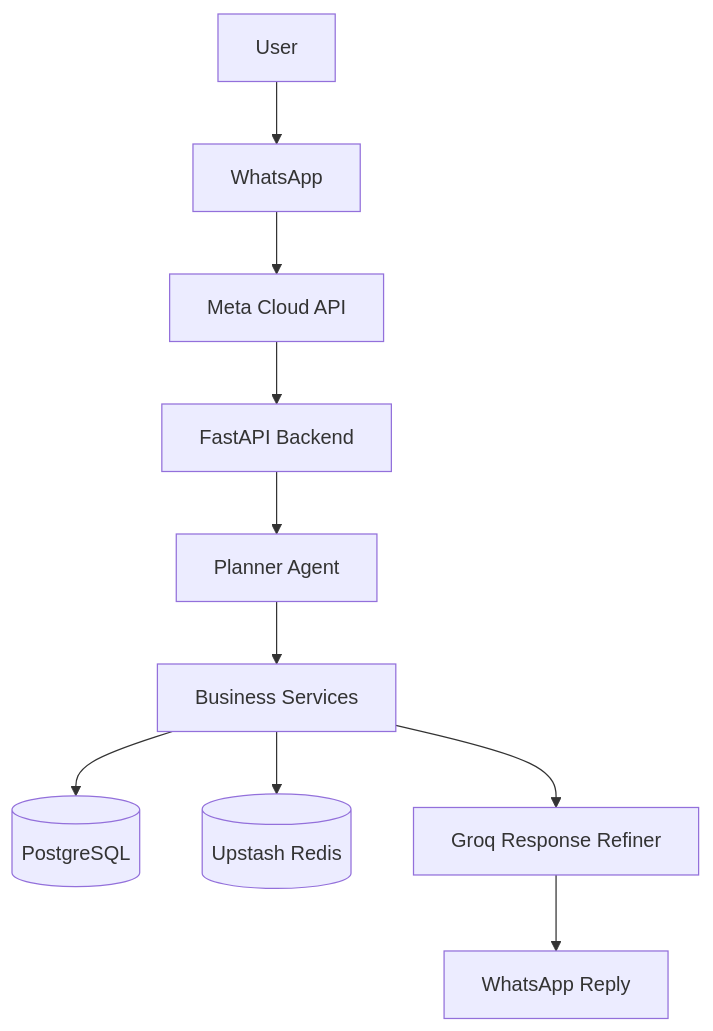
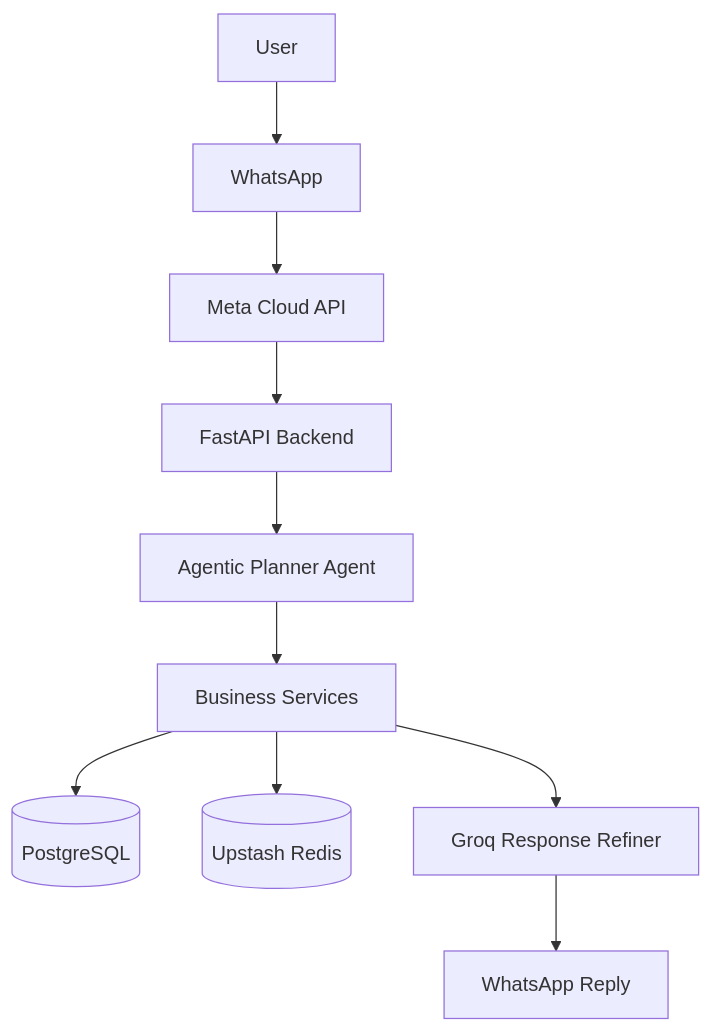
Before and after one commit to priyanshuraj20/VyaparAi: the second of 3 diagrams in README.md, drawn with Mermaid. The commit also changed other lines of this file, not shown here.

Commit message:
Highlight Agentic AI features in README and documentation

````diff
--- a/README.md
+++ b/README.md
@@ -114,13 +115,13 @@
 ```mermaid
 flowchart TD
 
 A[User] --> B[WhatsApp]
 B --> C[Meta Cloud API]
 C --> D[FastAPI Backend]
-D --> E[Planner Agent]
+D --> E[Agentic Planner Agent]
 E --> F[Business Services]
 F --> G[(PostgreSQL)]
 F --> H[(Upstash Redis)]
 F --> I[Groq Response Refiner]
 I --> J[WhatsApp Reply]
 ```
````
